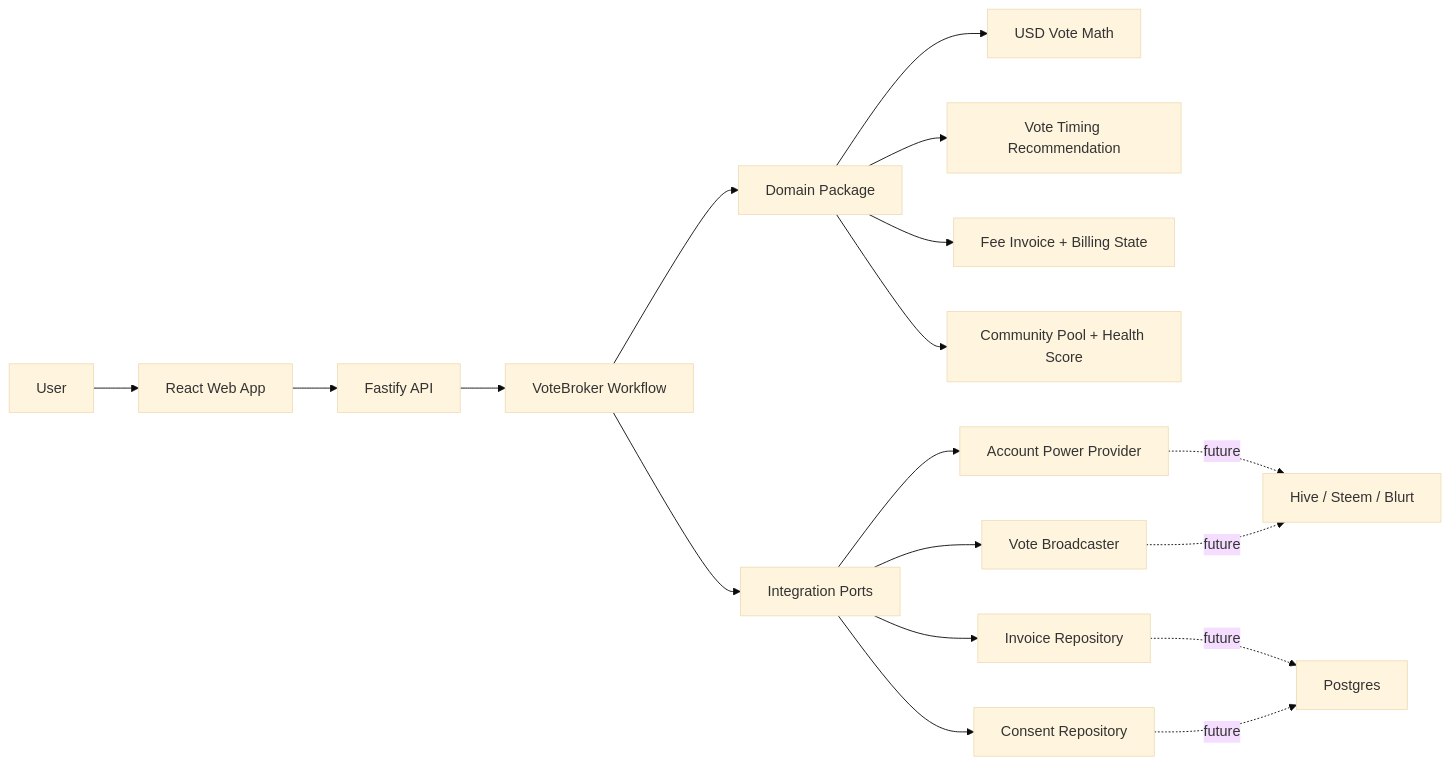
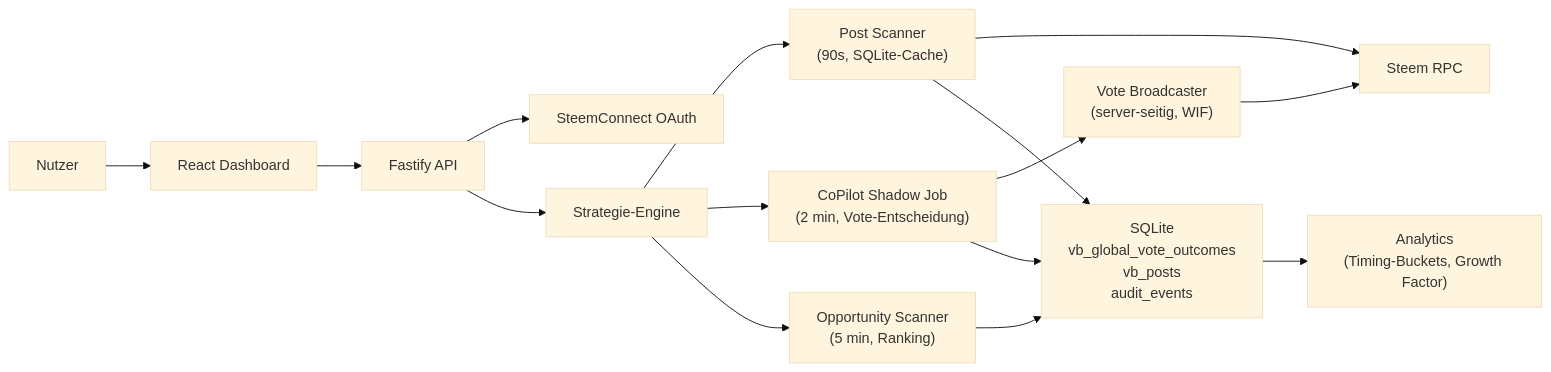
Before and after one commit to jan-philippvieth-svg/votebroker-modern: the diagram in README.md, drawn with Mermaid (base theme). The commit also changed other lines of this file and 5 other files, not shown here.

````diff
--- a/README.md
+++ b/README.md
@@ -45,23 +148,20 @@
 ```mermaid
 flowchart LR
-  User["User"] --> Web["React Web App"]
+  User["Nutzer"] --> Web["React Dashboard"]
   Web --> API["Fastify API"]
-  API --> Workflow["VoteBroker Workflow"]
-  Workflow --> Domain["Domain Package"]
-  Workflow --> Ports["Integration Ports"]
+  API --> Auth["SteemConnect OAuth"]
+  API --> Strategy["Strategie-Engine"]
 
-  Domain --> VoteMath["USD Vote Math"]
-  Domain --> Timing["Vote Timing Recommendation"]
-  Domain --> Billing["Fee Invoice + Billing State"]
-  Domain --> Pool["Community Pool + Health Score"]
+  Strategy --> PostScanner["Post Scanner\n(90s, SQLite-Cache)"]
+  Strategy --> ShadowJob["CoPilot Shadow Job\n(2 min, Vote-Entscheidung)"]
+  Strategy --> OppJob["Opportunity Scanner\n(5 min, Ranking)"]
 
-  Ports --> AccountPower["Account Power Provider"]
-  Ports --> VoteBroadcaster["Vote Broadcaster"]
-  Ports --> InvoiceRepo["Invoice Repository"]
-  Ports --> ConsentRepo["Consent Repository"]
+  PostScanner --> Chain["Steem RPC"]
+  ShadowJob --> Broadcaster["Vote Broadcaster\n(server-seitig, WIF)"]
+  Broadcaster --> Chain
 
-  AccountPower -. future .-> Chain["Hive / Steem / Blurt"]
-  VoteBroadcaster -. future .-> Chain
-  InvoiceRepo -. future .-> Postgres["Postgres"]
-  ConsentRepo -. future .-> Postgres
+  ShadowJob --> DB["SQLite\nvb_global_vote_outcomes\nvb_posts\naudit_events"]
+  PostScanner --> DB
+  OppJob --> DB
+  DB --> Analytics["Analytics\n(Timing-Buckets, Growth Factor)"]
 ```
````
